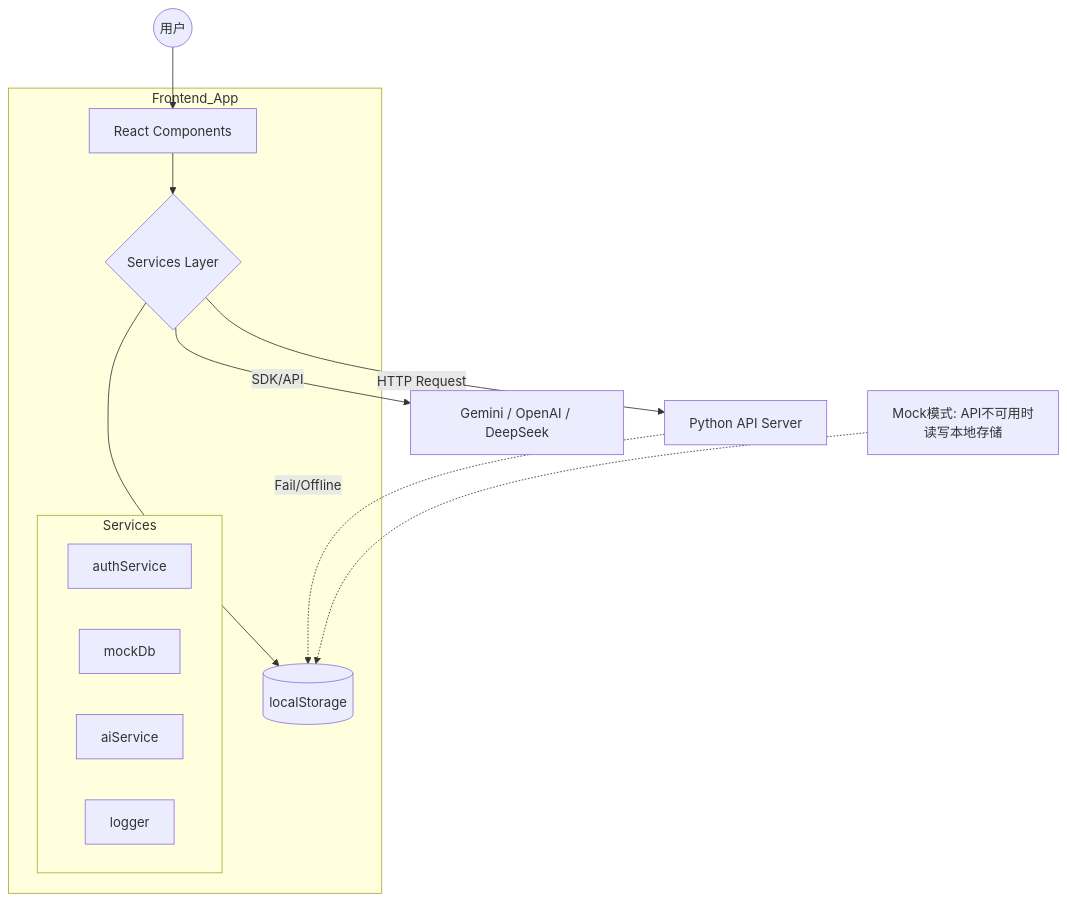
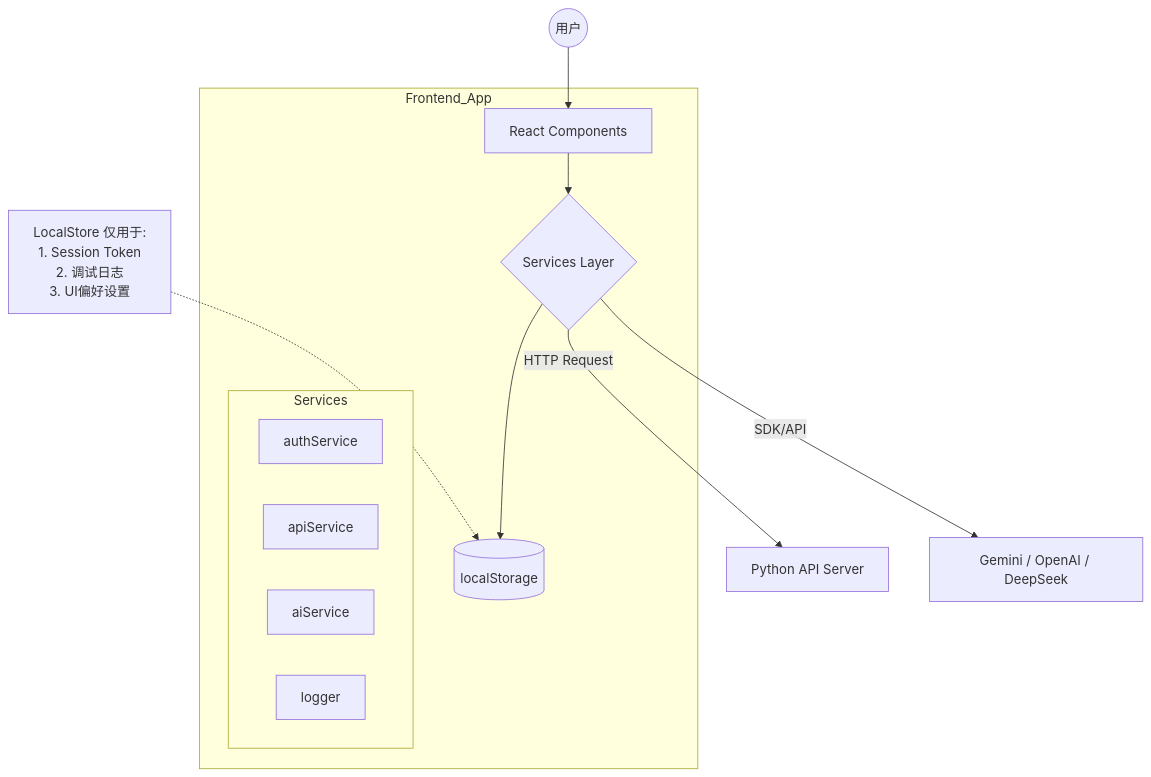
The first of 2 diagrams in docs/FRONTEND/FRONTEND_ARCHITECTURE.md (heavey0027/meddata-hub), drawn with Mermaid before and after one commit. The commit also changed other lines of this file and 25 other files, not shown here.

````diff
--- a/docs/FRONTEND/FRONTEND_ARCHITECTURE.md
+++ b/docs/FRONTEND/FRONTEND_ARCHITECTURE.md
@@ -73,23 +74,22 @@
 ```mermaid
 graph TD
     User((用户)) --> UI[React Components]
     
     subgraph Frontend_App
         UI --> ServiceLayer{Services Layer}
         
         subgraph Services
             Auth[authService]
-            Data[mockDb]
+            Data[apiService]
             AI[aiService]
             Logger[logger]
         end
         
         ServiceLayer --> LocalStore[(localStorage)]
     end
     
     ServiceLayer -->|HTTP Request| Backend[Python API Server]
     ServiceLayer -->|SDK/API| AI_Cloud[Gemini / OpenAI / DeepSeek]
     
-    Backend -.->|Fail/Offline| LocalStore
-    note[Mock模式: API不可用时<br/>读写本地存储] -.-> LocalStore
+    note[LocalStore 仅用于:<br/>1. Session Token<br/>2. 调试日志<br/>3. UI偏好设置] -.-> LocalStore
 ```
````
